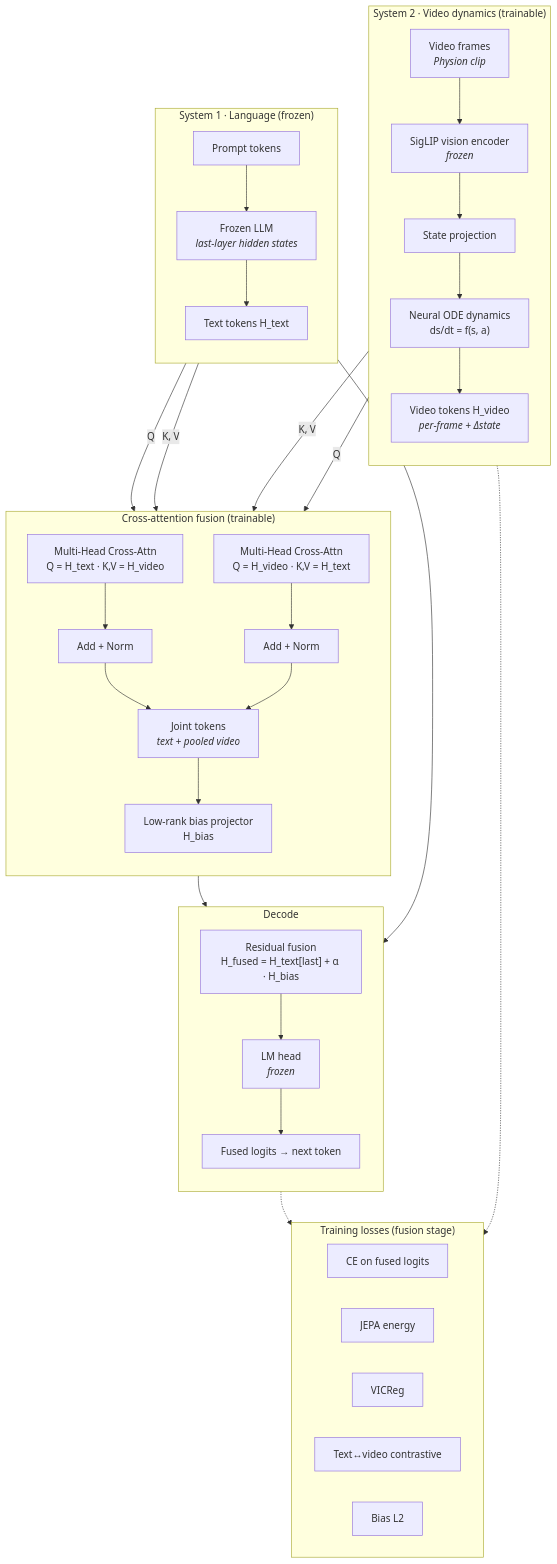
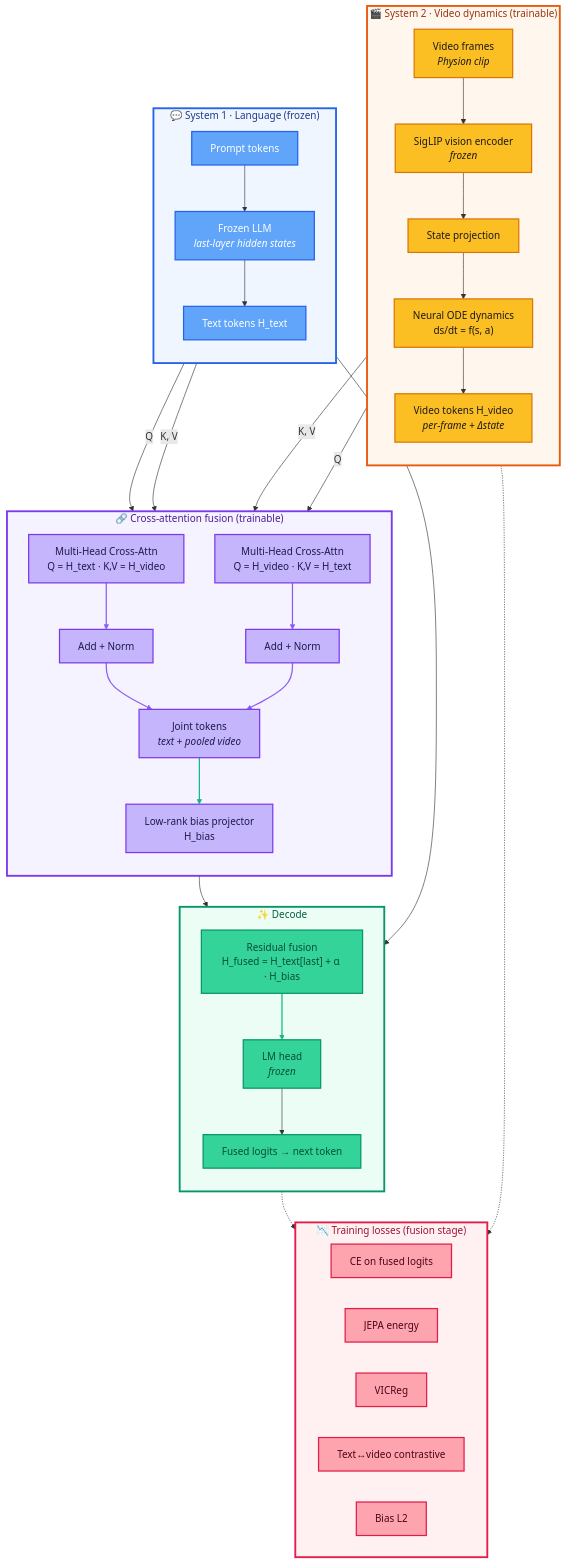
One commit to Niyath1234/CLIF-GPT changed the diagram in README.md. Above: the diagram before and after it, drawn with Mermaid. The commit also changed other lines of this file, not shown here.

Commit message:
Polish README: colorful diagram, remove Demo section

````diff
--- a/README.md
+++ b/README.md
@@ -11,60 +18,81 @@
 ```mermaid
 flowchart TB
-  subgraph VIDEO["System 2 · Video dynamics (trainable)"]
+  subgraph VIDEO["🎬 System 2 · Video dynamics (trainable)"]
     direction TB
     VF["Video frames<br/><i>Physion clip</i>"]
     SIG["SigLIP vision encoder<br/><i>frozen</i>"]
     PROJ["State projection"]
     ODE["Neural ODE dynamics<br/>ds/dt = f(s, a)"]
     VT["Video tokens H_video<br/><i>per-frame + Δstate</i>"]
     VF --> SIG --> PROJ --> ODE --> VT
   end
 
-  subgraph TEXT["System 1 · Language (frozen)"]
+  subgraph TEXT["💬 System 1 · Language (frozen)"]
     direction TB
     PT["Prompt tokens"]
     LLM["Frozen LLM<br/><i>last-layer hidden states</i>"]
     HT["Text tokens H_text"]
     PT --> LLM --> HT
   end
 
-  subgraph FUSION["Cross-attention fusion (trainable)"]
+  subgraph FUSION["🔗 Cross-attention fusion (trainable)"]
     direction TB
     CA1["Multi-Head Cross-Attn<br/>Q = H_text · K,V = H_video"]
     N1["Add + Norm"]
     CA2["Multi-Head Cross-Attn<br/>Q = H_video · K,V = H_text"]
     N2["Add + Norm"]
     JOINT["Joint tokens<br/><i>text + pooled video</i>"]
     BIAS["Low-rank bias projector<br/>H_bias"]
     CA1 --> N1 --> JOINT
     CA2 --> N2 --> JOINT
     JOINT --> BIAS
   end
 
-  subgraph OUT["Decode"]
+  subgraph OUT["✨ Decode"]
     direction TB
     FUSE["Residual fusion<br/>H_fused = H_text[last] + α · H_bias"]
     HEAD["LM head<br/><i>frozen</i>"]
     LOGITS["Fused logits → next token"]
     FUSE --> HEAD --> LOGITS
   end
 
   VT -->|K, V| CA1
   HT -->|Q| CA1
   VT -->|Q| CA2
   HT -->|K, V| CA2
   HT --> FUSE
   BIAS --> FUSE
 
-  subgraph LOSS["Training losses (fusion stage)"]
+  subgraph LOSS["📉 Training losses (fusion stage)"]
     direction LR
     L1["CE on fused logits"]
     L2["JEPA energy"]
     L3["VICReg"]
     L4["Text↔video contrastive"]
     L5["Bias L2"]
   end
 
   LOGITS -.-> LOSS
   ODE -.-> L2
+
+  classDef videoNode fill:#fbbf24,stroke:#d97706,stroke-width:2px,color:#1c1917
+  classDef textNode fill:#60a5fa,stroke:#2563eb,stroke-width:2px,color:#ffffff
+  classDef fusionNode fill:#c4b5fd,stroke:#7c3aed,stroke-width:2px,color:#1e1b4b
+  classDef outNode fill:#34d399,stroke:#059669,stroke-width:2px,color:#064e3b
+  classDef lossNode fill:#fda4af,stroke:#e11d48,stroke-width:2px,color:#4c0519
+
+  class VF,SIG,PROJ,ODE,VT videoNode
+  class PT,LLM,HT textNode
+  class CA1,N1,CA2,N2,JOINT,BIAS fusionNode
+  class FUSE,HEAD,LOGITS outNode
+  class L1,L2,L3,L4,L5 lossNode
+
+  style VIDEO fill:#fff7ed,stroke:#ea580c,stroke-width:3px,color:#9a3412
+  style TEXT fill:#eff6ff,stroke:#2563eb,stroke-width:3px,color:#1e3a8a
+  style FUSION fill:#f5f3ff,stroke:#7c3aed,stroke-width:3px,color:#4c1d95
+  style OUT fill:#ecfdf5,stroke:#059669,stroke-width:3px,color:#065f46
+  style LOSS fill:#fff1f2,stroke:#e11d48,stroke-width:3px,color:#9f1239
+
+  linkStyle 6,7,8,9 stroke:#8b5cf6,stroke-width:2px
+  linkStyle 10,11 stroke:#10b981,stroke-width:2px
 ```
````
